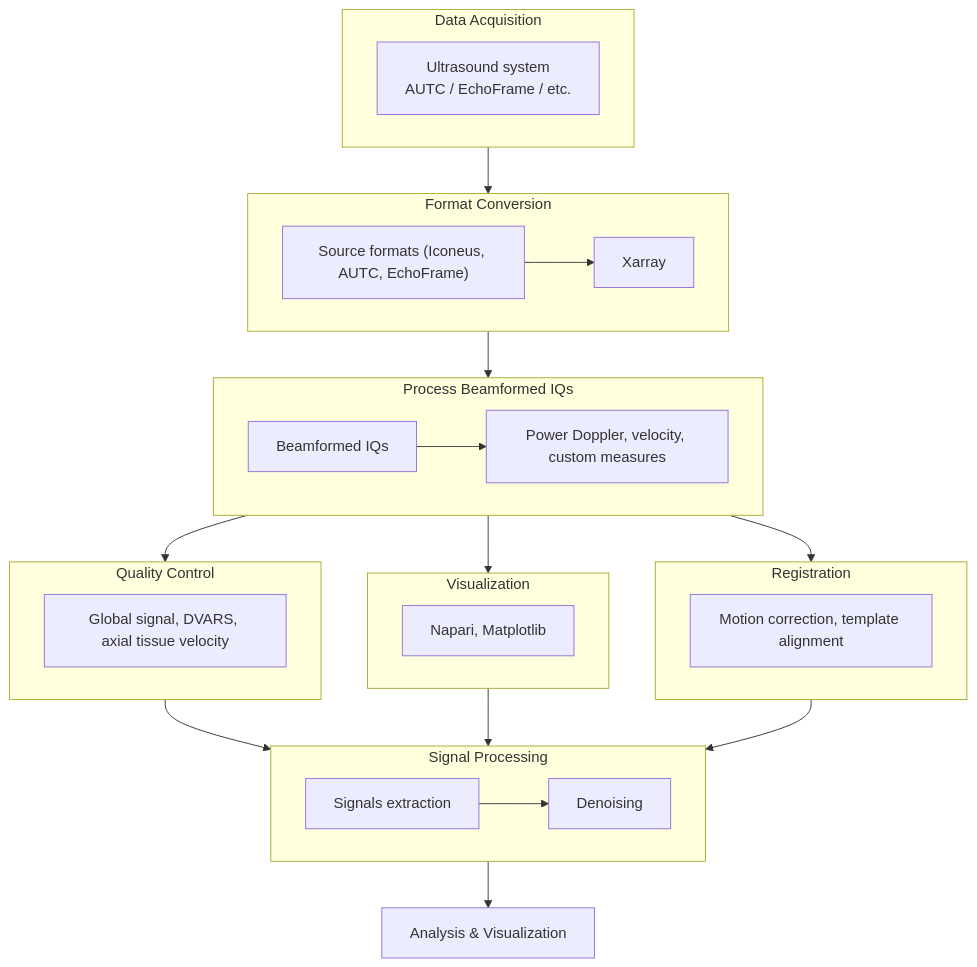
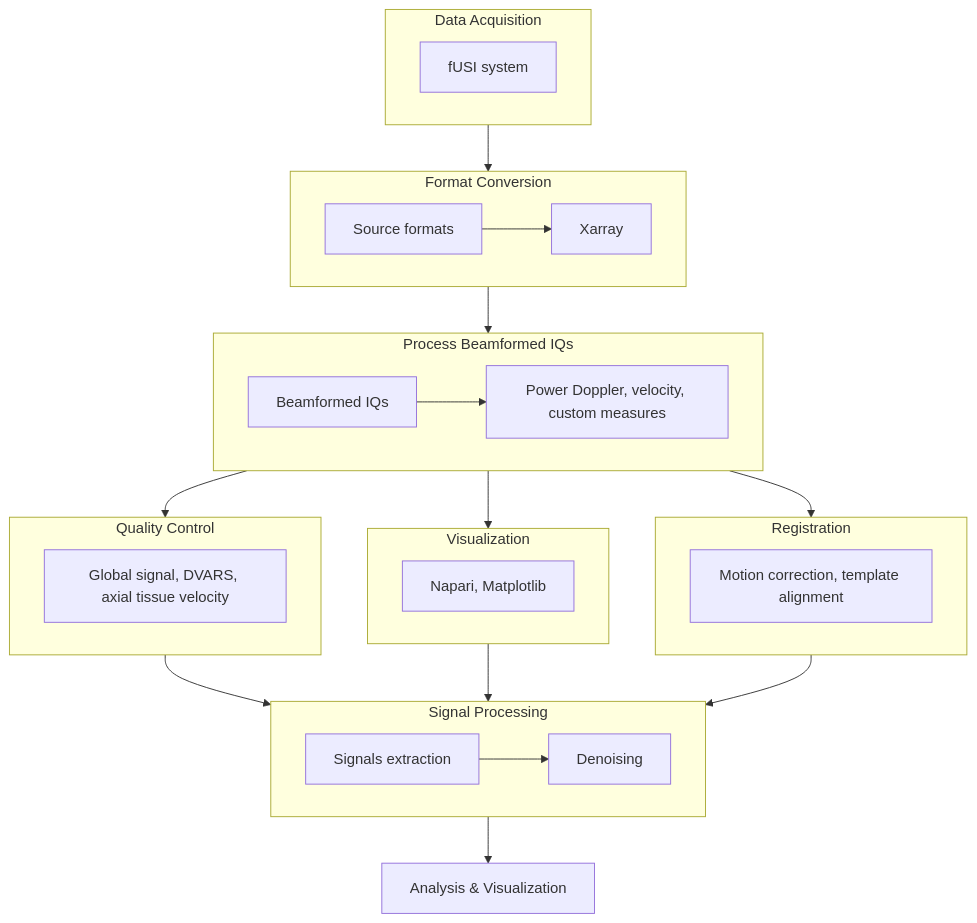
The diagram in docs/user-guide/getting-started.md (sdiebolt/confusius), drawn with Mermaid before and after one commit. The commit also changed 7 other files, not shown here.

````diff
--- a/docs/user-guide/getting-started.md
+++ b/docs/user-guide/getting-started.md
@@ -80,52 +80,52 @@
 ```mermaid
  flowchart TB
     subgraph acquire["Data Acquisition"]
-        A[Ultrasound system<br/>AUTC / EchoFrame / etc.]
+        A[fUSI system]
     end
 
     acquire --> convert
 
     subgraph convert["Format Conversion"]
-        B["Source formats (Iconeus, AUTC, EchoFrame)"]
+        B["Source formats"]
         C[Xarray]
         B --> C
     end
 
     convert --> process
 
     subgraph process["Process Beamformed IQs"]
         D[Beamformed IQs]
         E[Power Doppler, velocity, custom measures]
         D --> E
     end
 
     process --> qc
     process --> visualization
     process --> registration
 
     subgraph qc["Quality Control"]
         qcmeasures[Global signal, DVARS, axial tissue velocity]
     end
 
     subgraph visualization["Visualization"]
         plotting[Napari, Matplotlib]
     end
 
     subgraph registration["Registration"]
         motioncorr[Motion correction, template alignment]
     end
 
     qc --> signal
     visualization --> signal
     registration --> signal
 
     subgraph signal["Signal Processing"]
         extract[Signals extraction]
         denoising[Denoising]
         extract --> denoising
     end
 
     signal --> analyze
 
     analyze["Analysis & Visualization"]
 ```
````
